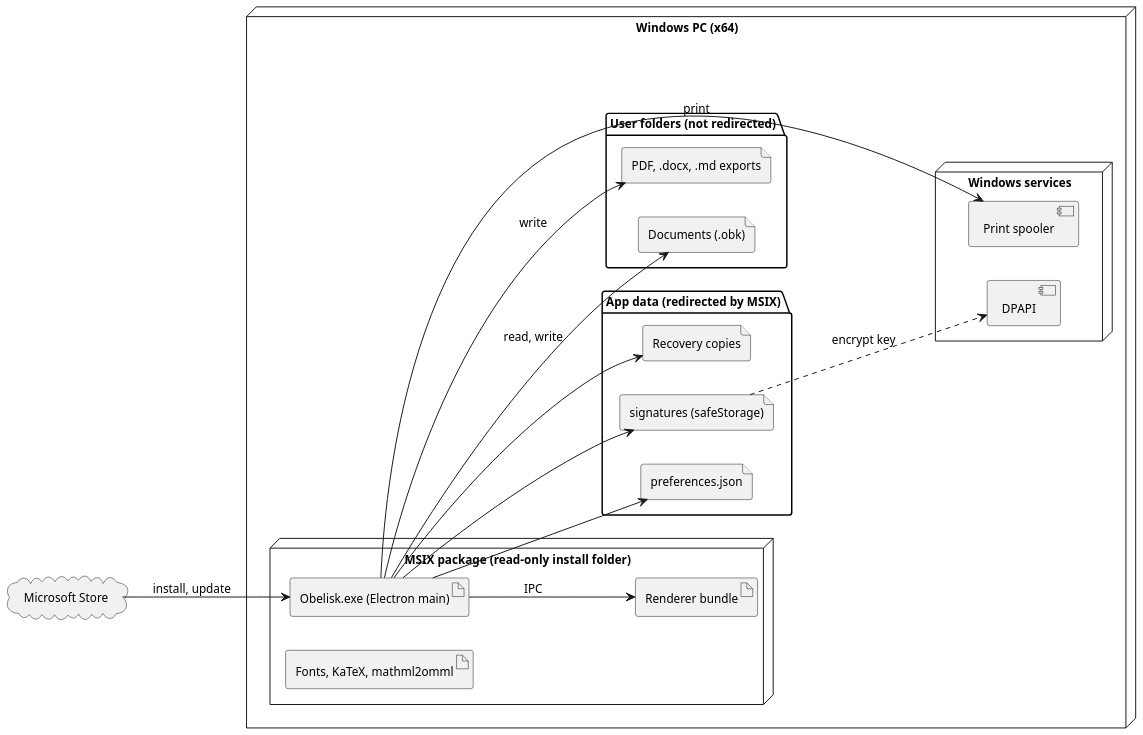
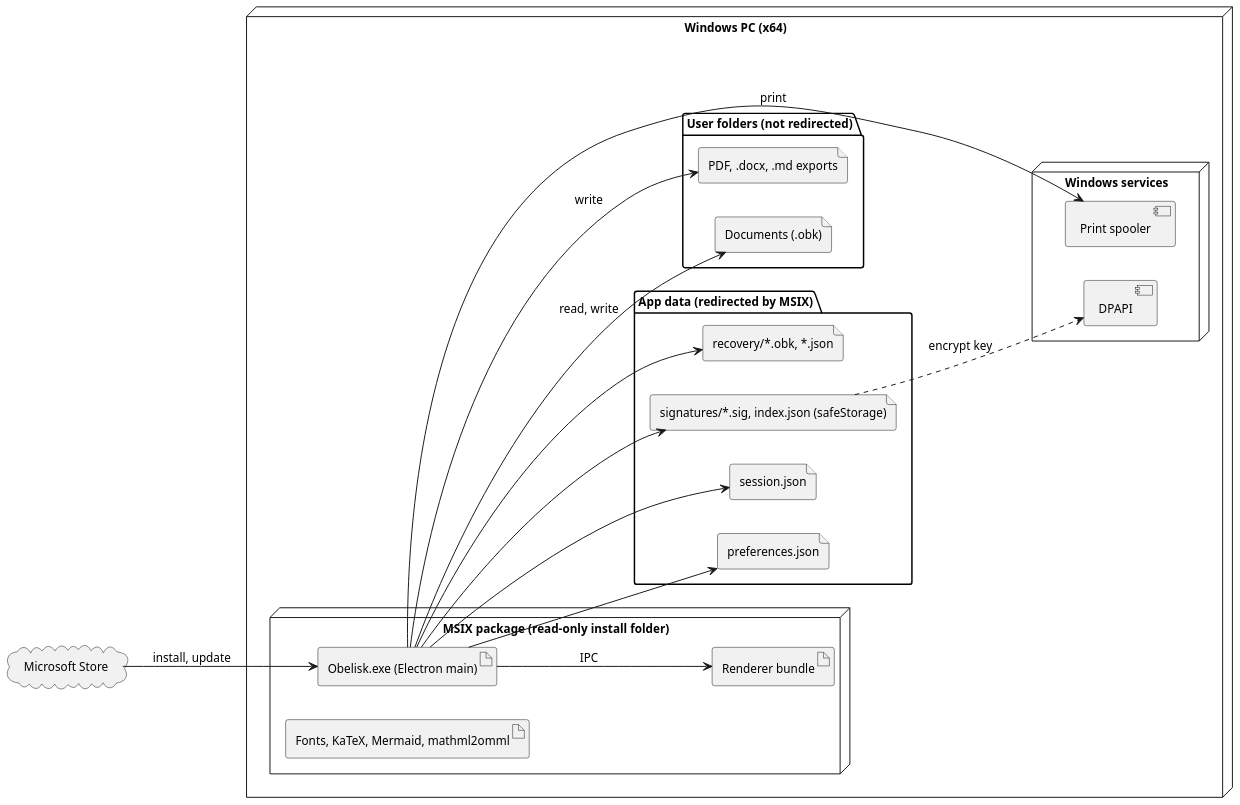
Before and after one commit to fillicianoplong/obelisk: the diagram in docs/diagrams/05-deployment.puml, drawn with PlantUML. The commit also changed 19 other files, not shown here.

Commit message:
Docs: SRS and architecture 1.1 (design, data model, and security review fixes)

```diff
--- a/docs/diagrams/05-deployment.puml
+++ b/docs/diagrams/05-deployment.puml
@@ -1,37 +1,39 @@
 @startuml obelisk_deployment
 skinparam shadowing false
 skinparam defaultFontName Arial
 skinparam defaultFontSize 12
 skinparam dpi 140
 left to right direction
 node "Windows PC (x64)" {
   node "MSIX package (read-only install folder)" {
     artifact "Obelisk.exe (Electron main)" as Main
     artifact "Renderer bundle" as R
-    artifact "Fonts, KaTeX, mathml2omml" as Libs
+    artifact "Fonts, KaTeX, Mermaid, mathml2omml" as Libs
   }
   folder "App data (redirected by MSIX)" {
     file "preferences.json" as P
-    file "signatures (safeStorage)" as S
-    file "Recovery copies" as Rec
+    file "session.json" as Ses
+    file "signatures/*.sig, index.json (safeStorage)" as S
+    file "recovery/*.obk, *.json" as Rec
   }
   folder "User folders (not redirected)" {
     file "Documents (.obk)" as Docs
     file "PDF, .docx, .md exports" as Ex
   }
   node "Windows services" {
     component "Print spooler" as Spool
     component "DPAPI" as DPAPI
   }
 }
 cloud "Microsoft Store" as Store
 Store --> Main : install, update
 Main --> R : IPC
 Main --> P
+Main --> Ses
 Main --> S
 Main --> Rec
 Main --> Docs : read, write
 Main --> Ex : write
 Main --> Spool : print
 S ..> DPAPI : encrypt key
 @enduml
```
